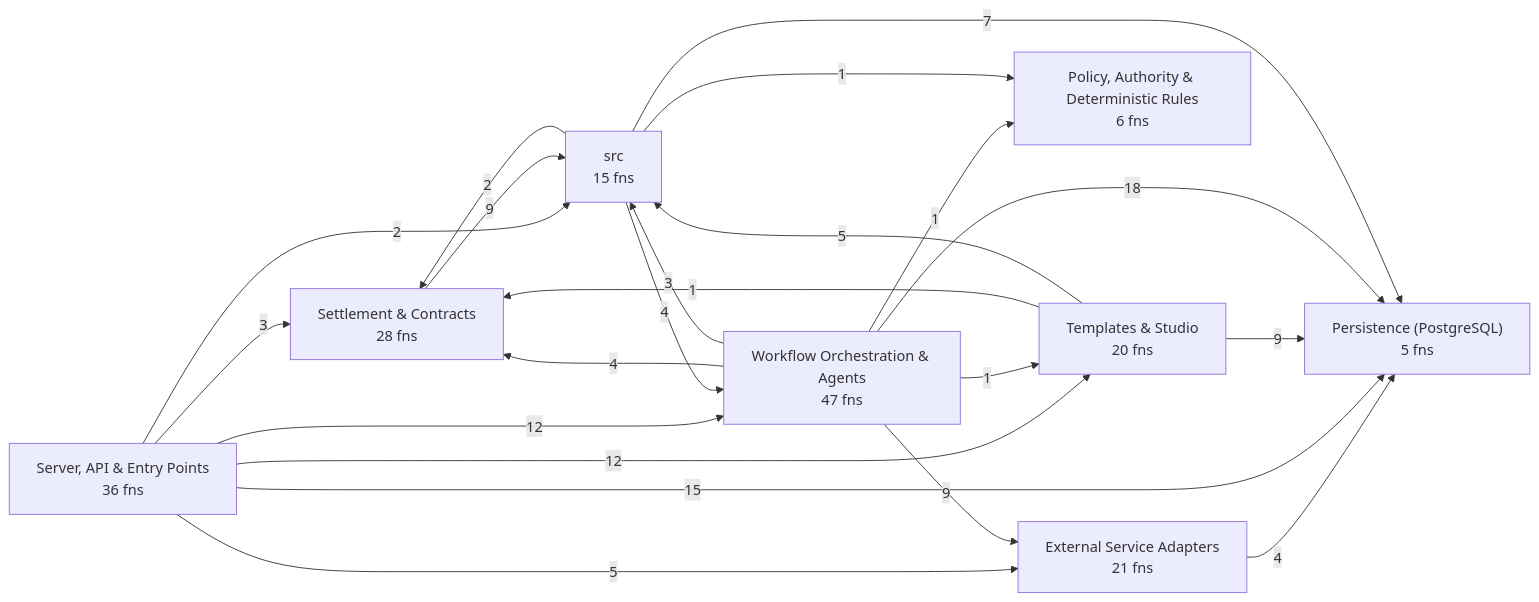
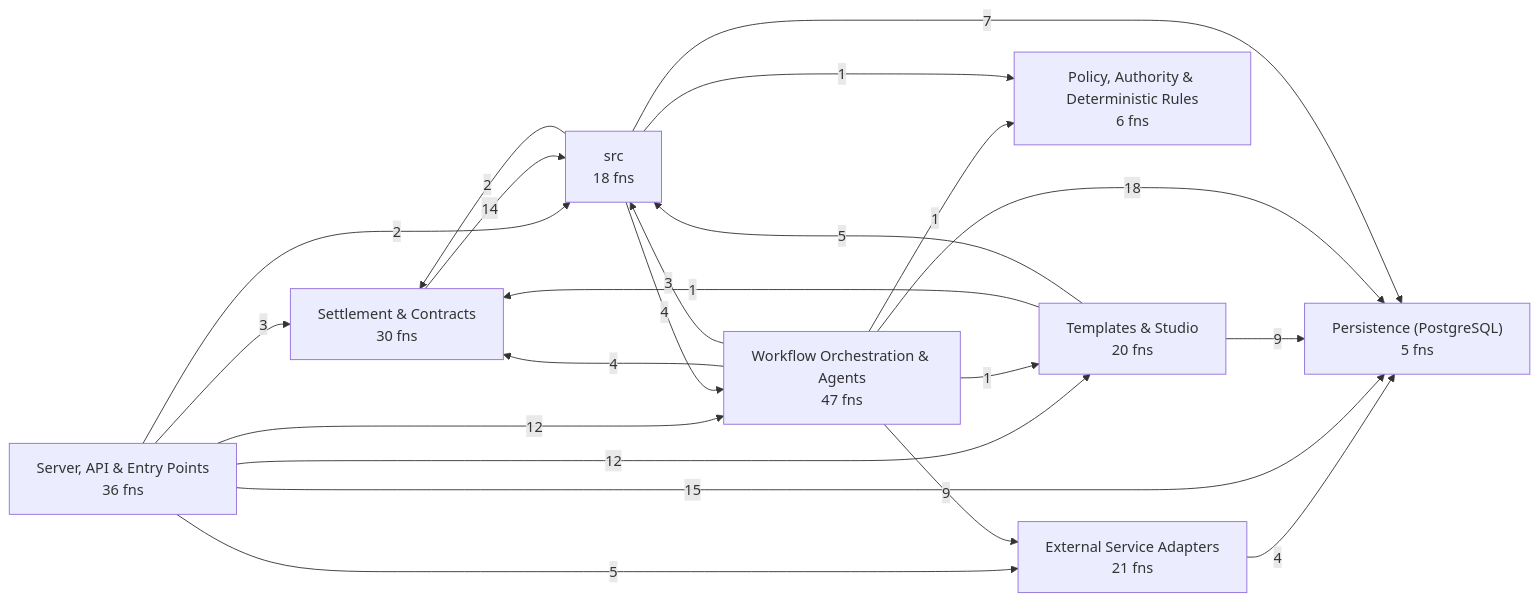
The first of 8 diagrams in docs/CODEBASE_MAP.md (Jaydearcadian/bind), drawn with Mermaid before and after one commit. The commit also changed other lines of this file and 10 other files, not shown here.

````diff
--- a/docs/CODEBASE_MAP.md
+++ b/docs/CODEBASE_MAP.md
@@ -12,32 +12,32 @@
 ```mermaid
 flowchart LR
   L0["External Service Adapters<br/>21 fns"]
   L1["Persistence (PostgreSQL)<br/>5 fns"]
   L2["Policy, Authority & Deterministic Rules<br/>6 fns"]
   L3["Server, API & Entry Points<br/>36 fns"]
-  L4["Settlement & Contracts<br/>28 fns"]
+  L4["Settlement & Contracts<br/>30 fns"]
   L5["Templates & Studio<br/>20 fns"]
   L6["Workflow Orchestration & Agents<br/>47 fns"]
-  L7["src<br/>15 fns"]
+  L7["src<br/>18 fns"]
   L0 -->|4| L1
   L3 -->|5| L0
   L3 -->|15| L1
   L3 -->|3| L4
   L3 -->|12| L5
   L3 -->|12| L6
   L3 -->|2| L7
-  L4 -->|9| L7
+  L4 -->|14| L7
   L5 -->|9| L1
   L5 -->|1| L4
   L5 -->|5| L7
   L6 -->|9| L0
   L6 -->|18| L1
   L6 -->|1| L2
   L6 -->|4| L4
   L6 -->|1| L5
   L6 -->|3| L7
   L7 -->|7| L1
   L7 -->|1| L2
   L7 -->|2| L4
   L7 -->|4| L6
 ```
````
